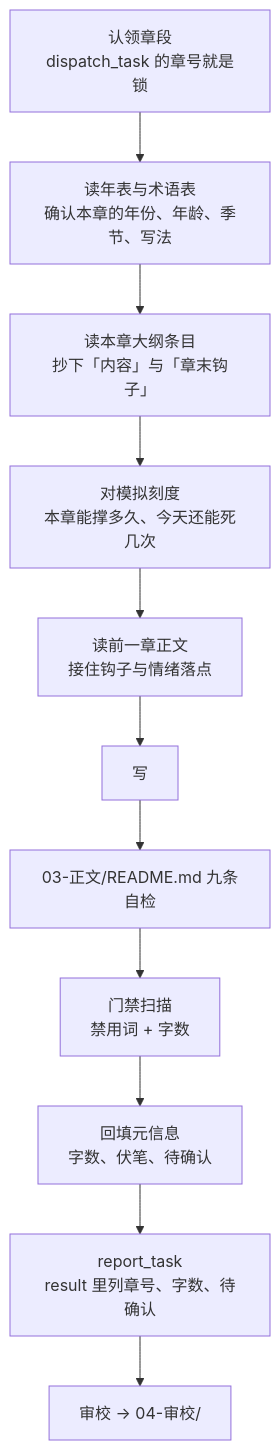
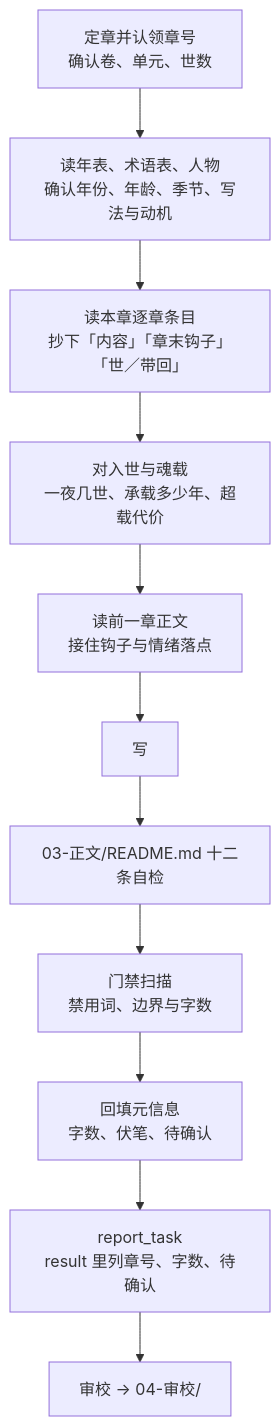
One commit to jackwang0009/- changed the diagram in agents/workflow.md. Above: the diagram before and after it, drawn with Mermaid. The commit also changed other lines of this file and 11 other files, not shown here.

````diff
--- a/agents/workflow.md
+++ b/agents/workflow.md
@@ -35,13 +38,13 @@
 ```mermaid
 flowchart TD
-    claim["认领章段<br/>dispatch_task 的章号就是锁"] --> ledger["读年表与术语表<br/>确认本章的年份、年龄、季节、写法"]
-    ledger --> outline["读本章大纲条目<br/>抄下「内容」与「章末钩子」"]
-    outline --> scale["对模拟刻度<br/>本章能撑多久、今天还能死几次"]
+    claim["定章并认领章号<br/>确认卷、单元、世数"] --> facts["读年表、术语表、人物<br/>确认年份、年龄、季节、写法与动机"]
+    facts --> outline["读本章逐章条目<br/>抄下「内容」「章末钩子」「世／带回」"]
+    outline --> scale["对入世与魂载<br/>一夜几世、承载多少年、超载代价"]
     scale --> prev["读前一章正文<br/>接住钩子与情绪落点"]
     prev --> write["写"]
-    write --> self["03-正文/README.md 九条自检"]
-    self --> scan["门禁扫描<br/>禁用词 + 字数"]
+    write --> self["03-正文/README.md 十二条自检"]
+    self --> scan["门禁扫描<br/>禁用词、边界与字数"]
     scan --> meta["回填元信息<br/>字数、伏笔、待确认"]
     meta --> report["report_task<br/>result 里列章号、字数、待确认"]
     report --> review["审校 → 04-审校/"]
 ```
````
